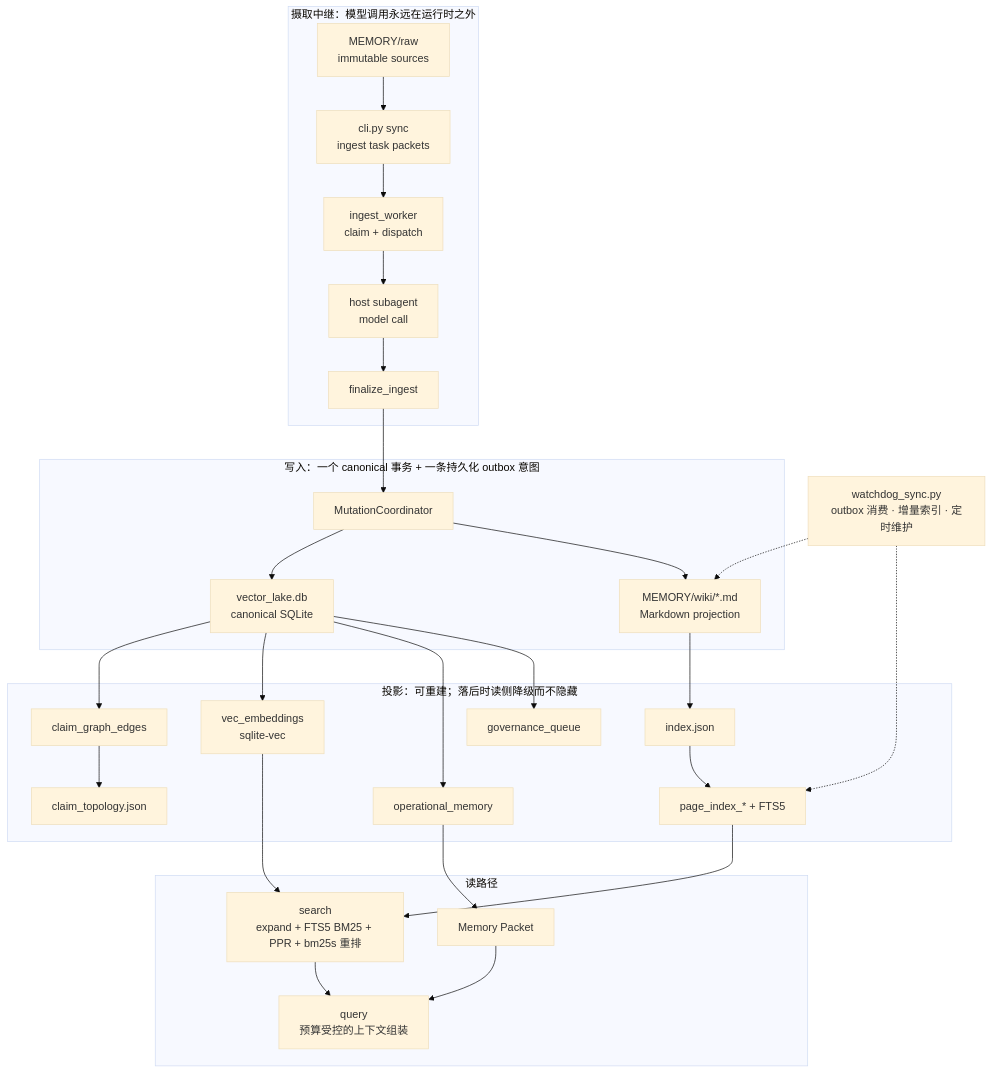
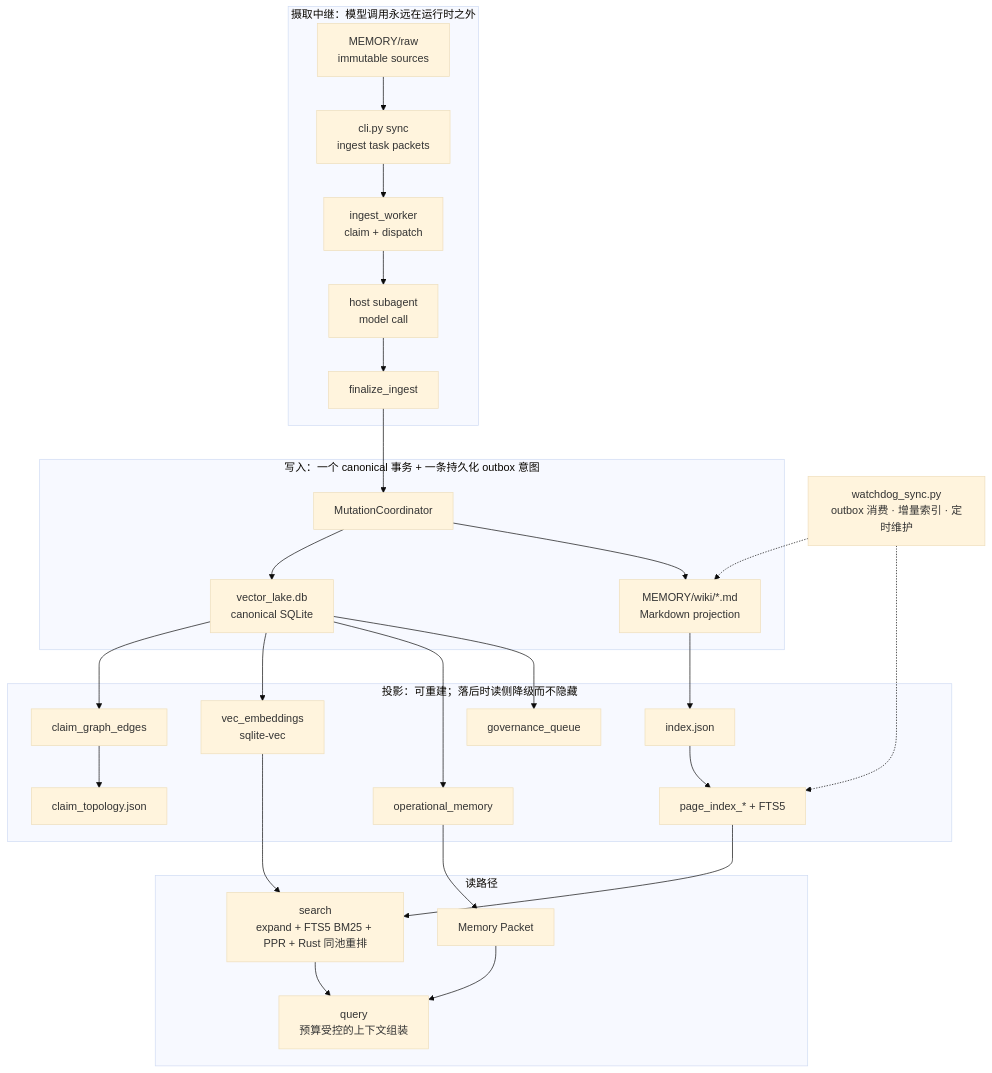
Before and after one commit to shawnshi/vector-lake: the diagram in README.md, drawn with Mermaid (base theme). The commit also changed other lines of this file and 26 other files, not shown here.

````diff
--- a/README.md
+++ b/README.md
@@ -35,33 +35,33 @@
 ```mermaid
 graph TD
     subgraph relay [摄取中继：模型调用永远在运行时之外]
         RAW["MEMORY/raw<br>immutable sources"] --> SYNC["cli.py sync<br>ingest task packets"]
         SYNC --> WORKER["ingest_worker<br>claim + dispatch"]
         WORKER --> HOST["host subagent<br>model call"]
         HOST --> FINAL["finalize_ingest"]
     end
     subgraph write [写入：一个 canonical 事务 + 一条持久化 outbox 意图]
         FINAL --> COORD["MutationCoordinator"]
         COORD --> DB["vector_lake.db<br>canonical SQLite"]
         COORD --> MD["MEMORY/wiki/*.md<br>Markdown projection"]
     end
     subgraph proj [投影：可重建；落后时读侧降级而不隐藏]
         MD --> IDX["index.json"]
         DB --> CG["claim_graph_edges"]
         CG --> CT["claim_topology.json"]
         IDX --> PINDEX["page_index_* + FTS5"]
         DB --> VEC["vec_embeddings<br>sqlite-vec"]
         DB --> OM["operational_memory"]
         DB --> GOV["governance_queue"]
     end
     subgraph read [读路径]
-        PINDEX --> SEARCH["search<br>expand + FTS5 BM25 + PPR + bm25s 重排"]
+        PINDEX --> SEARCH["search<br>expand + FTS5 BM25 + PPR + Rust 同池重排"]
         VEC --> SEARCH
         OM --> PACKET["Memory Packet"]
         SEARCH --> QUERY["query<br>预算受控的上下文组装"]
         PACKET --> QUERY
     end
     WATCH["watchdog_sync.py<br>outbox 消费 · 增量索引 · 定时维护"]
     WATCH -.-> MD
     WATCH -.-> PINDEX
 ```
````
